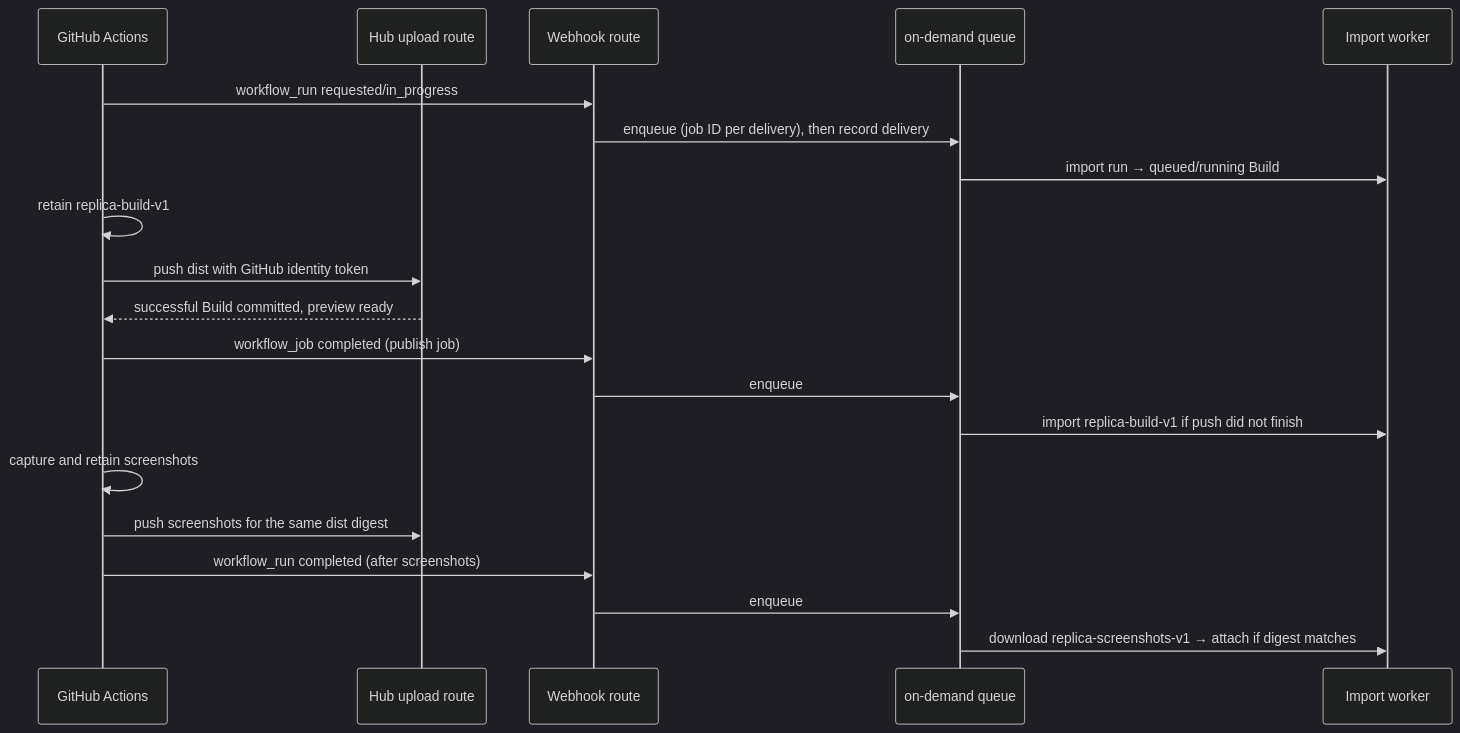
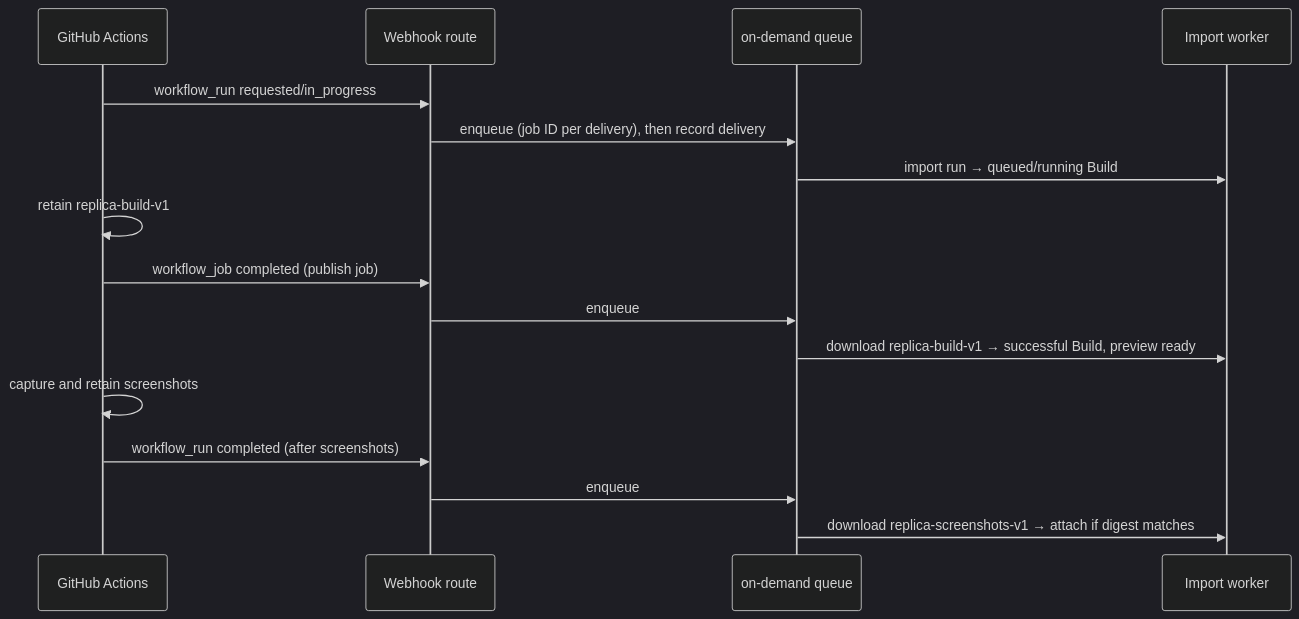
Before and after one commit to github/replica: the diagram in hub/docs/github-actions-builds.md, drawn with Mermaid (dark theme). The commit also changed other lines of this file and 29 other files, not shown here.

````diff
--- a/hub/docs/github-actions-builds.md
+++ b/hub/docs/github-actions-builds.md
@@ -88,22 +62,18 @@
 ```mermaid
 sequenceDiagram
   participant GA as GitHub Actions
-  participant H as Hub upload route
   participant W as Webhook route
   participant Q as on-demand queue
   participant I as Import worker
   GA->>W: workflow_run requested/in_progress
   W->>Q: enqueue (job ID per delivery), then record delivery
   Q->>I: import run → queued/running Build
   GA->>GA: retain replica-build-v1
-  GA->>H: push dist with GitHub identity token
-  H-->>GA: successful Build committed, preview ready
   GA->>W: workflow_job completed (publish job)
   W->>Q: enqueue
-  Q->>I: import replica-build-v1 if push did not finish
+  Q->>I: download replica-build-v1 → successful Build, preview ready
   GA->>GA: capture and retain screenshots
-  GA->>H: push screenshots for the same dist digest
   GA->>W: workflow_run completed (after screenshots)
   W->>Q: enqueue
   Q->>I: download replica-screenshots-v1 → attach if digest matches
 ```
````
